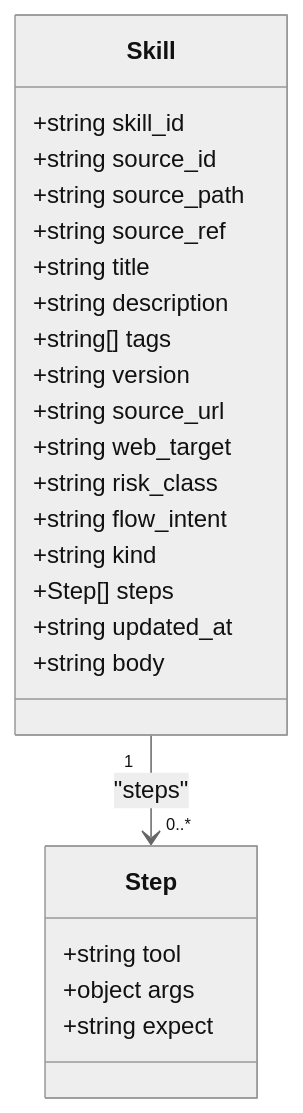
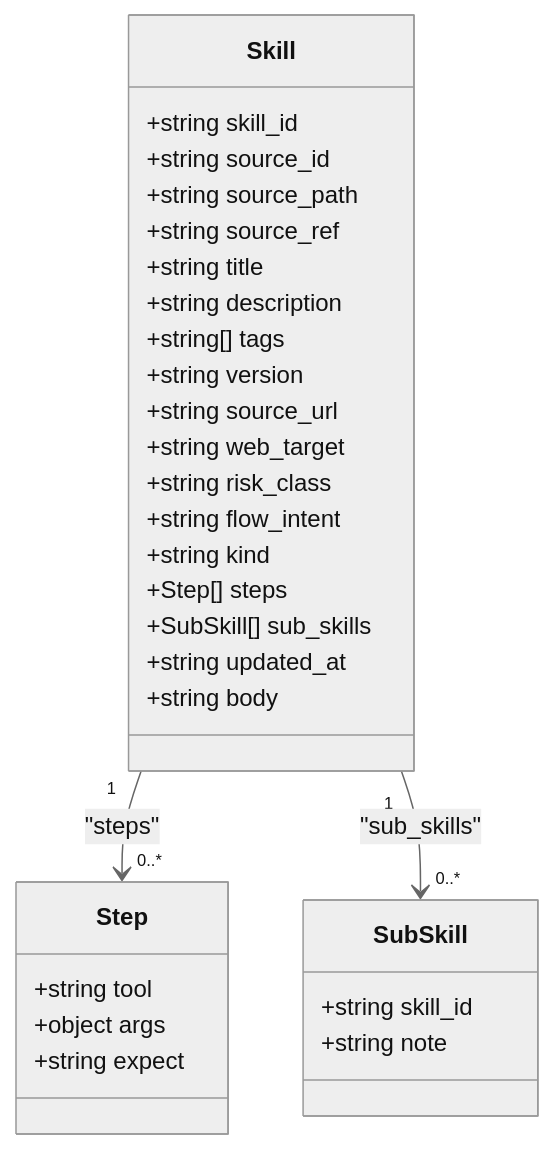
The third of 9 diagrams in .qoder/repowiki/en/content/Shared Contracts/Skill Format Specification.md (metasync/luban-aiops), drawn with Mermaid (neutral theme) before and after one commit. The commit also changed other lines of this file and 242 other files, not shown here.

````diff
--- a/.qoder/repowiki/en/content/Shared Contracts/Skill Format Specification.md
+++ b/.qoder/repowiki/en/content/Shared Contracts/Skill Format Specification.md
@@ -131,27 +143,33 @@
 ```mermaid
 classDiagram
 class Skill {
 +string skill_id
 +string source_id
 +string source_path
 +string source_ref
 +string title
 +string description
 +string[] tags
 +string version
 +string source_url
 +string web_target
 +string risk_class
 +string flow_intent
 +string kind
 +Step[] steps
++SubSkill[] sub_skills
 +string updated_at
 +string body
 }
 class Step {
 +string tool
 +object args
 +string expect
 }
+class SubSkill {
++string skill_id
++string note
+}
 Skill "1" --> "0..*" Step : "steps"
+Skill "1" --> "0..*" SubSkill : "sub_skills"
 ```
````
